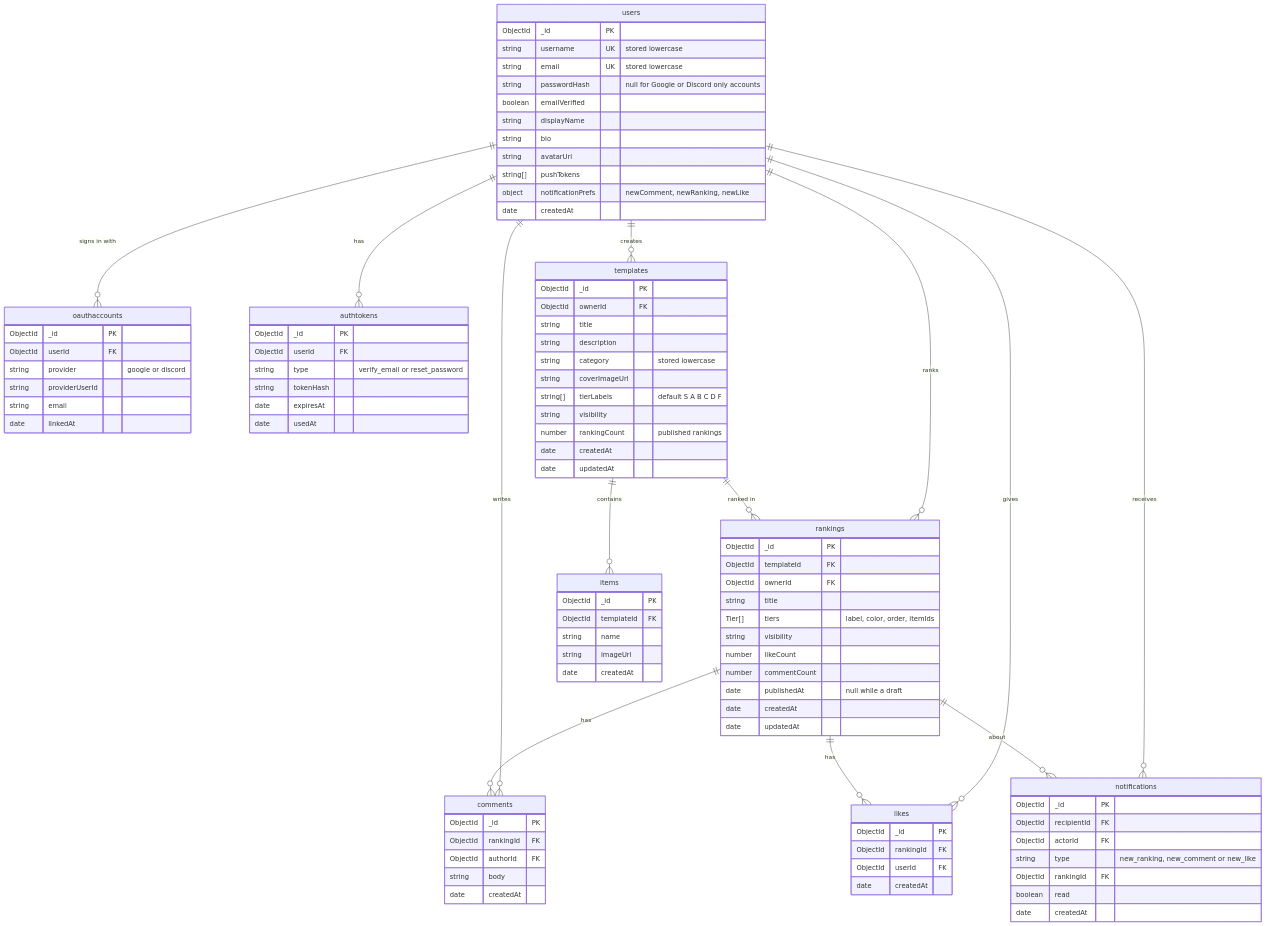
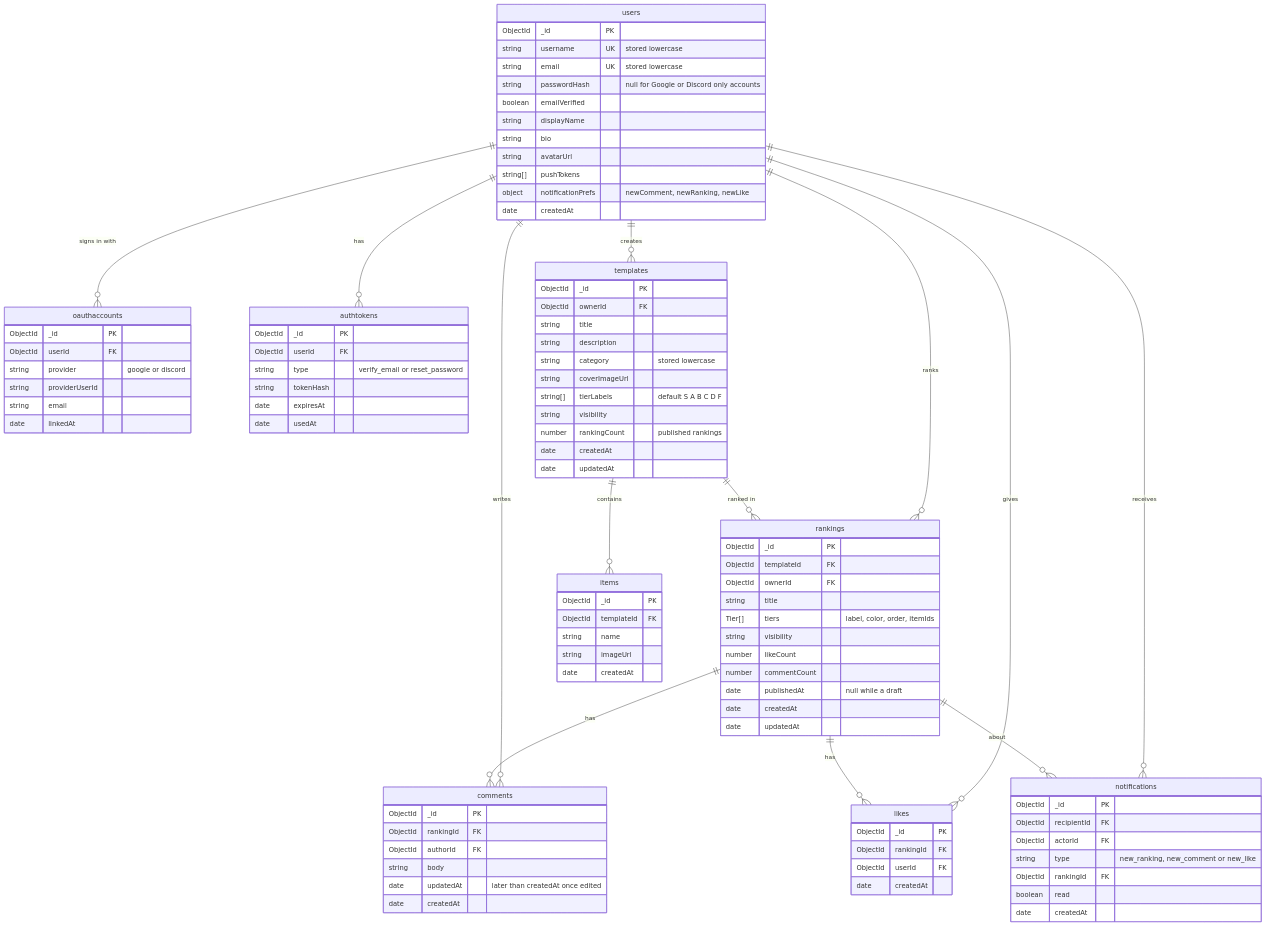
Before and after one commit to ESiegman/COP4331---MERN-App: the third of 3 diagrams in server/README.md, drawn with Mermaid. The commit also changed other lines of this file and 22 other files, not shown here.

```diff
--- a/server/README.md
+++ b/server/README.md
@@ -310,6 +312,7 @@
         ObjectId rankingId FK
         ObjectId authorId FK
         string body
+        date updatedAt "later than createdAt once edited"
         date createdAt
     }
     likes {
```
